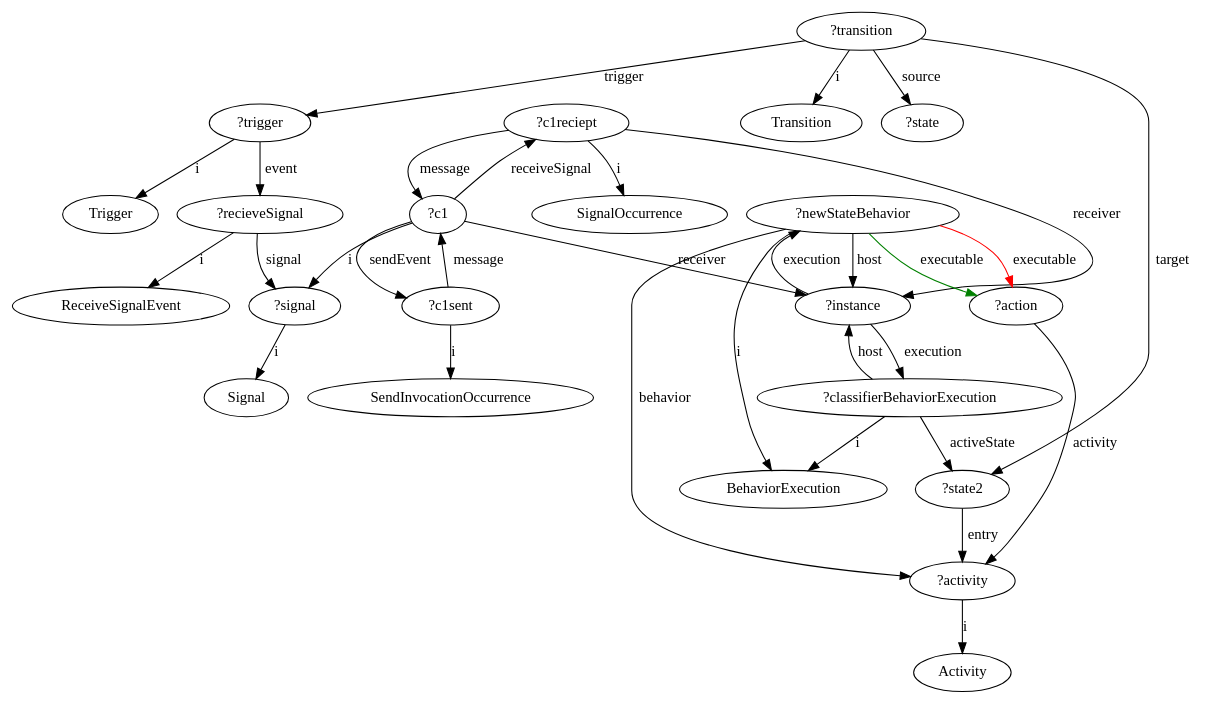
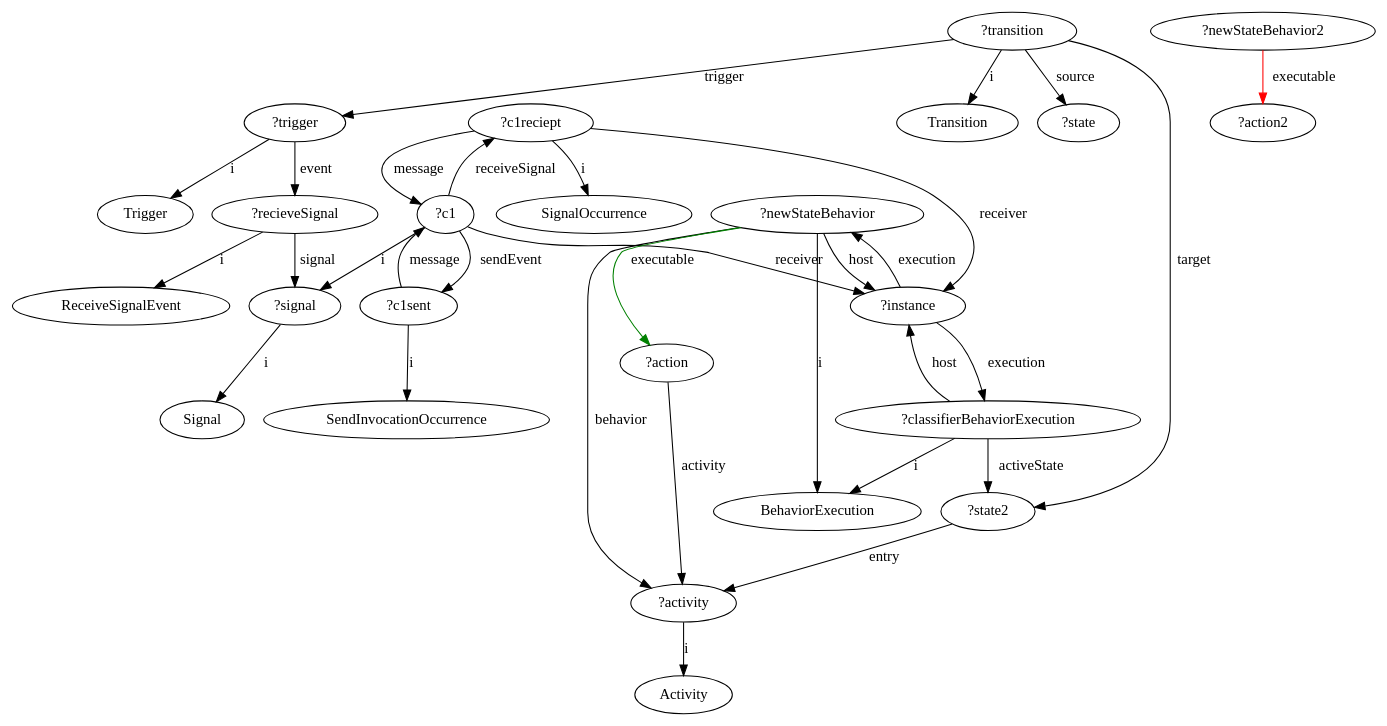
Before and after one commit to luisneiva/graf-framework: the diagram in GraphOutputs/acceptEventAction-WithActivity-ExecutableEdges.dot, drawn with Graphviz. The commit also changed 10 other files, not shown here.

Commit message:
Removed the executable edge from the after graph of AddStructuralFeature so it only executes once

```diff
--- a/GraphOutputs/acceptEventAction-WithActivity-ExecutableEdges.dot
+++ b/GraphOutputs/acceptEventAction-WithActivity-ExecutableEdges.dot
@@ -1,33 +1,33 @@
 digraph acceptEventAction_WithActivity_ExecutableEdges {
 	"?signal" -> "Signal" [label="i"]
 	"?recieveSignal" -> "?signal" [label="signal"]
 	"?trigger" -> "?recieveSignal" [label="event"]
 	"?recieveSignal" -> "ReceiveSignalEvent" [label="i"]
 	"?trigger" -> "Trigger" [label="i"]
 	"?transition" -> "Transition" [label="i"]
 	"?transition" -> "?trigger" [label="trigger"]
 	"?transition" -> "?state" [label="source"]
 	"?transition" -> "?state2" [label="target"]
 	"?classifierBehaviorExecution" -> "BehaviorExecution" [label="i"]
 	"?classifierBehaviorExecution" -> "?instance" [label="host"]
 	"?instance" -> "?classifierBehaviorExecution" [label="execution"]
 	"?c1reciept" -> "?instance" [label="receiver"]
 	"?c1reciept" -> "SignalOccurrence" [label="i"]
 	"?c1" -> "?instance" [label="receiver"]
 	"?c1sent" -> "?c1" [label="message"]
 	"?c1" -> "?c1sent" [label="sendEvent"]
 	"?c1sent" -> "SendInvocationOccurrence" [label="i"]
 	"?c1" -> "?c1reciept" [label="receiveSignal"]
 	"?c1" -> "?signal" [label="i"]
 	"?classifierBehaviorExecution" -> "?state2" [label="activeState"]
 	"?c1reciept" -> "?c1" [label="message"]
 	"?activity" -> "Activity" [label="i"]
 	"?state2" -> "?activity" [label="entry"]
 	"?newStateBehavior" -> "?activity" [label="behavior"]
 	"?newStateBehavior" -> "BehaviorExecution" [label="i"]
 	"?newStateBehavior" -> "?instance" [label="host"]
 	"?instance" -> "?newStateBehavior" [label="execution"]
 	"?action" -> "?activity" [label="activity"]
 	"?newStateBehavior" -> "?action" [label="executable", color="green"]
-	"?newStateBehavior" -> "?action" [label="executable", color="red"]
+	"?newStateBehavior2" -> "?action2" [label="executable", color="red"]
 }
```
